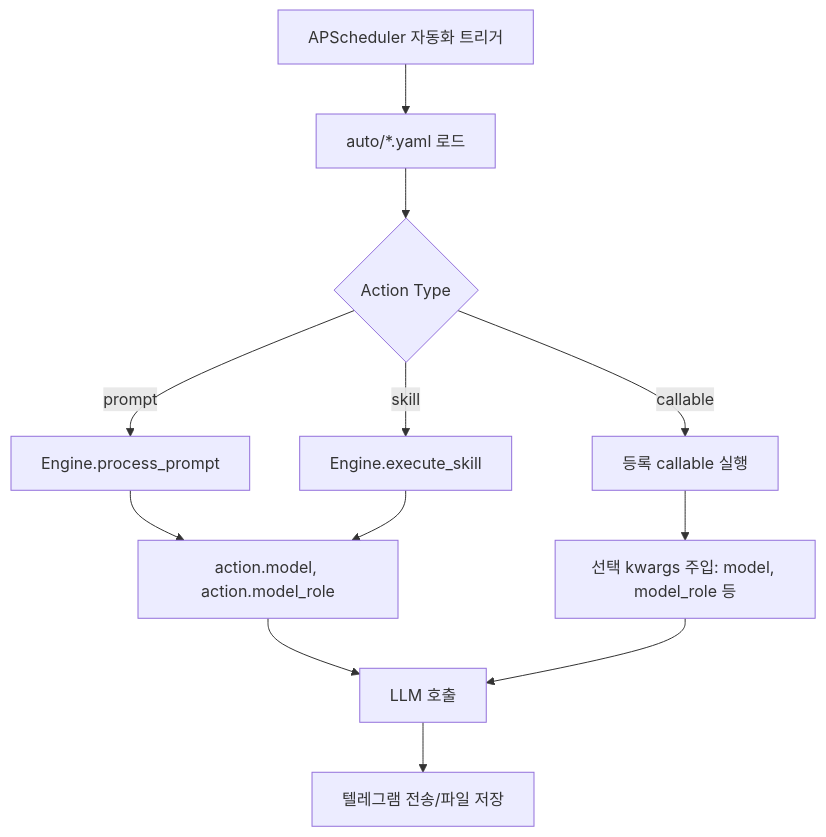
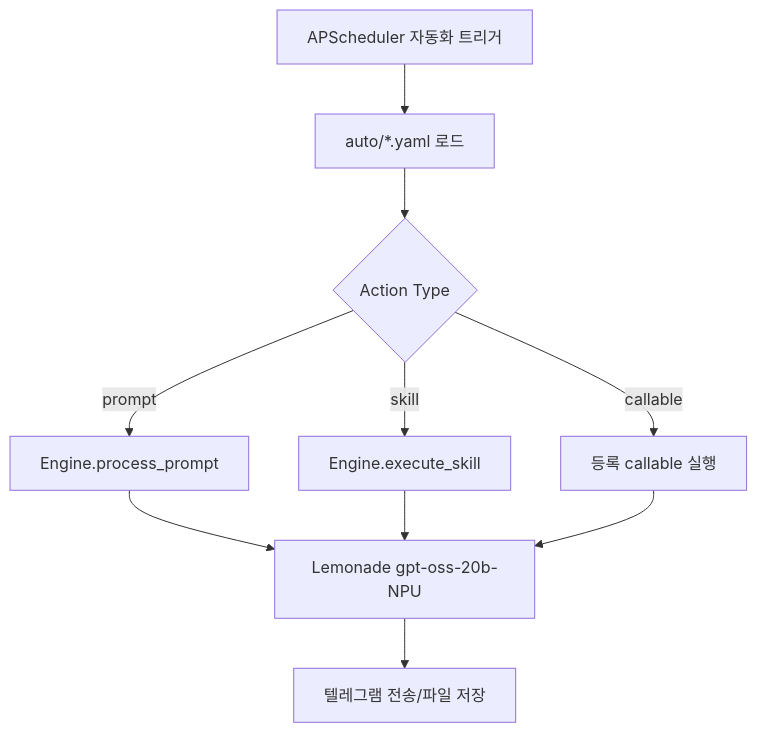
Before and after one commit to dhsohn/ollama_bot: the second of 2 diagrams in README.md, drawn with Mermaid. The commit also changed other lines of this file, not shown here.

First line of the commit message:
Update README to reflect Dual-Provider architecture

````diff
--- a/README.md
+++ b/README.md
@@ -56,14 +63,12 @@
 ```mermaid
 flowchart TD
     A[APScheduler 자동화 트리거] --> AR[auto/*.yaml 로드]
     AR --> ACT{Action Type}
     ACT -->|prompt| P[Engine.process_prompt]
     ACT -->|skill| K[Engine.execute_skill]
     ACT -->|callable| C[등록 callable 실행]
-    P --> AM[action.model, action.model_role]
-    K --> AM
-    C --> CK[선택 kwargs 주입: model, model_role 등]
-    AM --> LLM[LLM 호출]
-    CK --> LLM
+    P --> LLM["Lemonade gpt-oss-20b-NPU"]
+    K --> LLM
+    C --> LLM
     LLM --> AO[텔레그램 전송/파일 저장]
 ```
````
